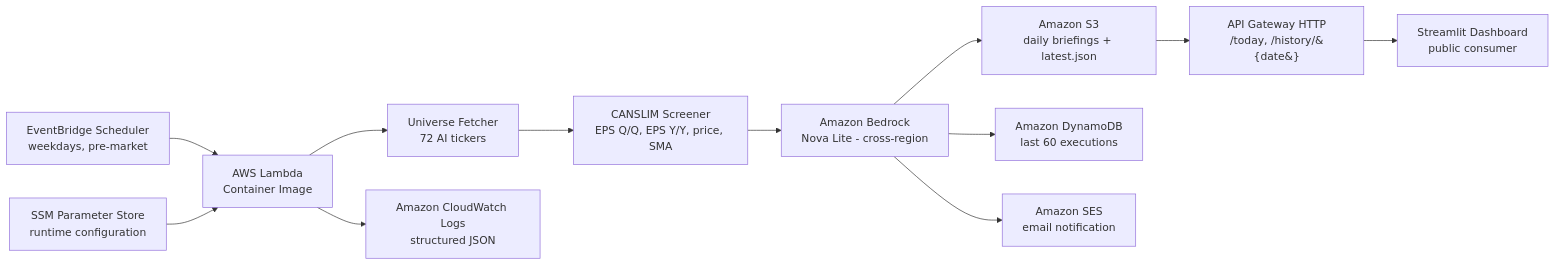
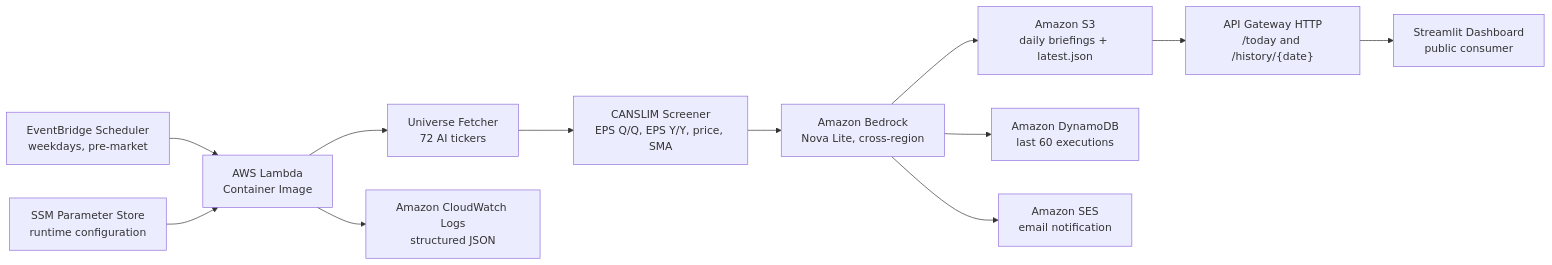
The diagram in README.md (Ant4rez/Alphagen-Daily), drawn with Mermaid before and after one commit. The commit also changed other lines of this file, not shown here.

Commit message:
docs(readme): fix Mermaid parse error in architecture diagram

````diff
--- a/README.md
+++ b/README.md
@@ -40,14 +42,14 @@
 ```mermaid
 flowchart LR
-    A[EventBridge Scheduler<br/>weekdays, pre-market] --> B[AWS Lambda<br/>Container Image]
-    L[SSM Parameter Store<br/>runtime configuration] --> B
-    B --> C[Universe Fetcher<br/>72 AI tickers]
-    C --> D[CANSLIM Screener<br/>EPS Q/Q, EPS Y/Y, price, SMA]
-    D --> E[Amazon Bedrock<br/>Nova Lite - cross-region]
-    E --> F[Amazon S3<br/>daily briefings + latest.json]
-    E --> G[Amazon DynamoDB<br/>last 60 executions]
-    E --> H[Amazon SES<br/>email notification]
-    F --> I[API Gateway HTTP<br/>/today, /history/&#123;date&#125;]
-    I --> J[Streamlit Dashboard<br/>public consumer]
-    B --> K[Amazon CloudWatch Logs<br/>structured JSON]
+    A["EventBridge Scheduler<br/>weekdays, pre-market"] --> B["AWS Lambda<br/>Container Image"]
+    L["SSM Parameter Store<br/>runtime configuration"] --> B
+    B --> C["Universe Fetcher<br/>72 AI tickers"]
+    C --> D["CANSLIM Screener<br/>EPS Q/Q, EPS Y/Y, price, SMA"]
+    D --> E["Amazon Bedrock<br/>Nova Lite, cross-region"]
+    E --> F["Amazon S3<br/>daily briefings + latest.json"]
+    E --> G["Amazon DynamoDB<br/>last 60 executions"]
+    E --> H["Amazon SES<br/>email notification"]
+    F --> I["API Gateway HTTP<br/>/today and /history/{date}"]
+    I --> J["Streamlit Dashboard<br/>public consumer"]
+    B --> K["Amazon CloudWatch Logs<br/>structured JSON"]
 ```
````
